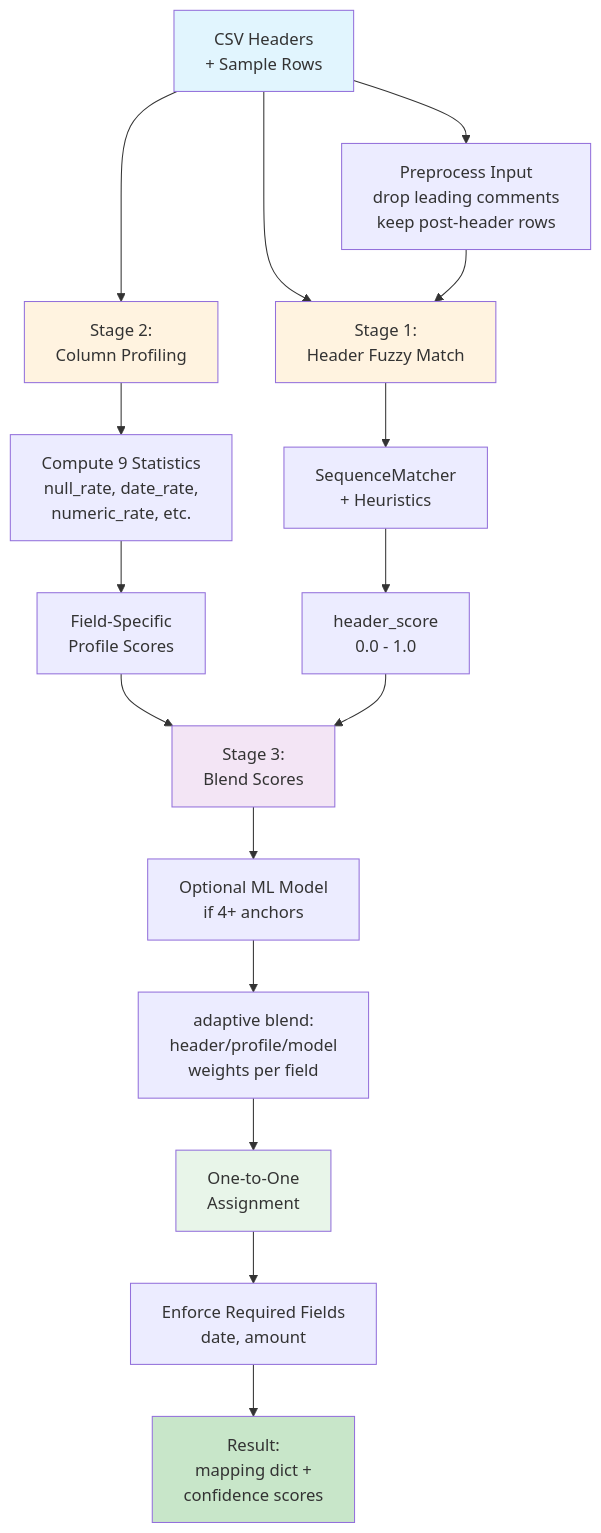
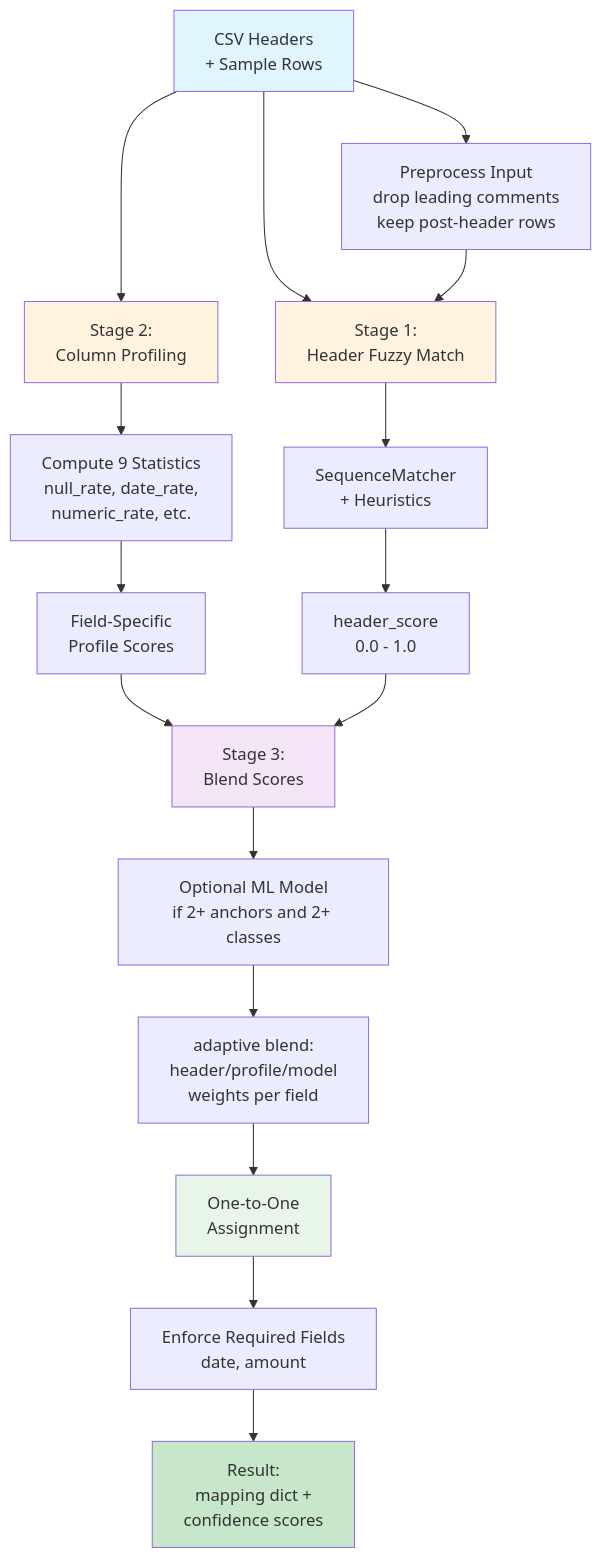
The second of 4 diagrams in docs/csv-import.md (alexsk7/finn), drawn with Mermaid before and after one commit. The commit also changed other lines of this file and 10 other files, not shown here.

````diff
--- a/docs/csv-import.md
+++ b/docs/csv-import.md
@@ -98,29 +98,29 @@
 ```mermaid
 graph TD
     A["CSV Headers<br/>+ Sample Rows"] --> B["Stage 1:<br/>Header Fuzzy Match"]
     A --> A1["Preprocess Input<br/>drop leading comments<br/>keep post-header rows"]
     A1 --> B
     A --> C["Stage 2:<br/>Column Profiling"]
     C --> D["Compute 9 Statistics<br/>null_rate, date_rate,<br/>numeric_rate, etc."]
     D --> E["Field-Specific<br/>Profile Scores"]
     
     B --> B1["SequenceMatcher<br/>+ Heuristics"]
     B1 --> B2["header_score<br/>0.0 - 1.0"]
     
     E --> F["Stage 3:<br/>Blend Scores"]
     B2 --> F
     
-    F --> F1["Optional ML Model<br/>if 4+ anchors"]
+    F --> F1["Optional ML Model<br/>if 2+ anchors and 2+ classes"]
     F1 --> F2["adaptive blend:<br/>header/profile/model<br/>weights per field"]
     
     F2 --> G["One-to-One<br/>Assignment"]
     G --> H["Enforce Required Fields<br/>date, amount"]
     H --> I["Result:<br/>mapping dict +<br/>confidence scores"]
     
     style A fill:#e1f5fe
     style B fill:#fff3e0
     style C fill:#fff3e0
     style F fill:#f3e5f5
     style G fill:#e8f5e9
     style I fill:#c8e6c9
 ```
````
